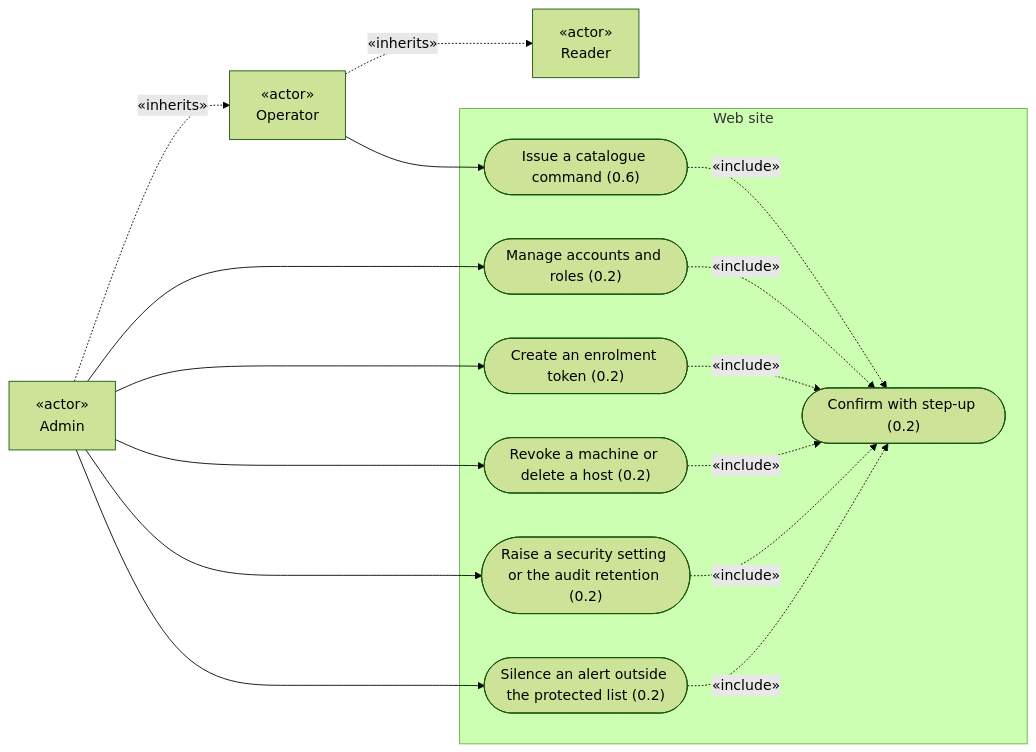
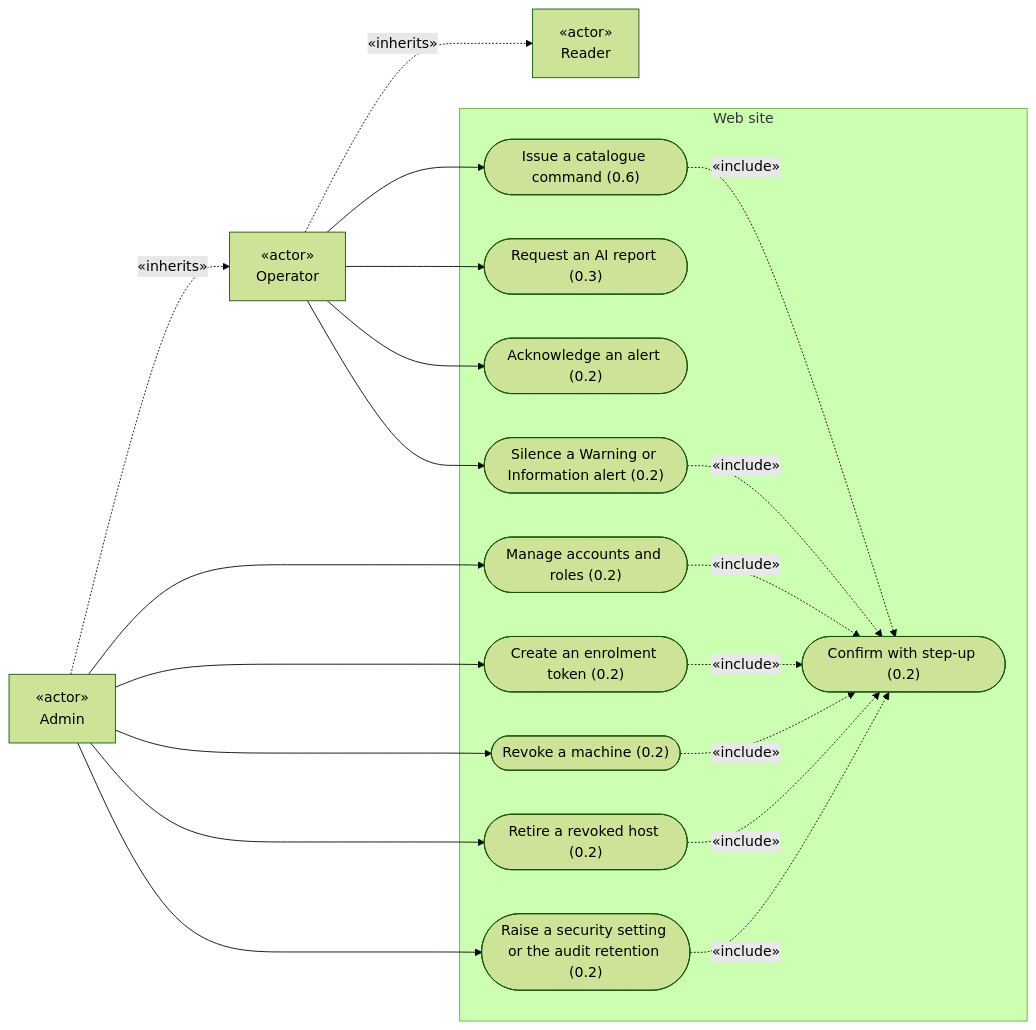
The second of 6 diagrams in doc/analyse/uml/v1/use-cases.md (micdef/Dashboard), drawn with Mermaid (forest theme) before and after one commit. The commit also changed other lines of this file and 3 other files, not shown here.

````diff
--- a/doc/analyse/uml/v1/use-cases.md
+++ b/doc/analyse/uml/v1/use-cases.md
@@ -68,33 +69,40 @@
 ```mermaid
 flowchart LR
     Reader["«actor»<br/>Reader"]
     Operator["«actor»<br/>Operator"]
     Admin["«actor»<br/>Admin"]
 
     Operator -. «inherits» .-> Reader
     Admin -. «inherits» .-> Operator
 
     subgraph Site ["Web site"]
         Command(["Issue a catalogue command (0.6)"])
+        RequestReport(["Request an AI report (0.3)"])
+        Acknowledge(["Acknowledge an alert (0.2)"])
+        Silence(["Silence a Warning or Information alert (0.2)"])
         Accounts(["Manage accounts and roles (0.2)"])
         Token(["Create an enrolment token (0.2)"])
-        Revoke(["Revoke a machine or delete a host (0.2)"])
+        Revoke(["Revoke a machine (0.2)"])
+        Retire(["Retire a revoked host (0.2)"])
         Settings(["Raise a security setting or the audit retention (0.2)"])
-        Silence(["Silence an alert outside the protected list (0.2)"])
         StepUp(["Confirm with step-up (0.2)"])
     end
 
     Operator --> Command
+    Operator --> RequestReport
+    Operator --> Acknowledge
+    Operator --> Silence
     Admin --> Accounts
     Admin --> Token
     Admin --> Revoke
+    Admin --> Retire
     Admin --> Settings
-    Admin --> Silence
 
     Command -. «include» .-> StepUp
+    Silence -. «include» .-> StepUp
     Accounts -. «include» .-> StepUp
     Token -. «include» .-> StepUp
     Revoke -. «include» .-> StepUp
+    Retire -. «include» .-> StepUp
     Settings -. «include» .-> StepUp
-    Silence -. «include» .-> StepUp
 ```
````
